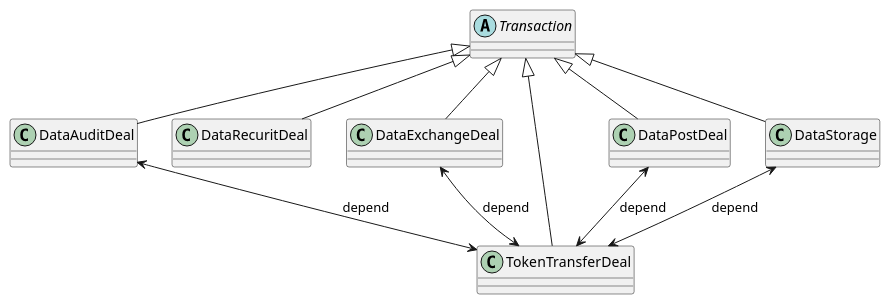
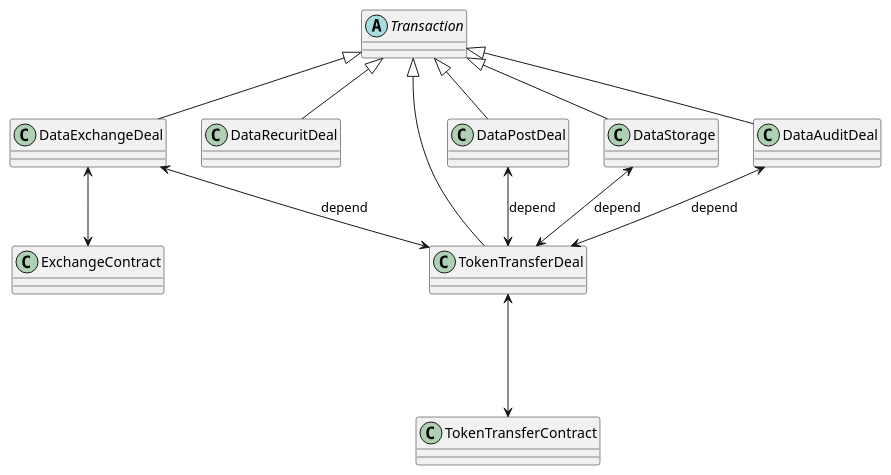
Before and after one commit to bottos-project/magiccube: the diagram in design/Class-Transaction.puml, drawn with PlantUML. The commit also changed 2 other files, not shown here.

```diff
--- a/design/Class-Transaction.puml
+++ b/design/Class-Transaction.puml
@@ -1,31 +1,32 @@
 @startuml
 
 abstract class Transaction
 class DataAuditDeal
 class DataRecuritDeal
 class DataExchangeDeal
 class TokenTransferDeal
 class DataPostDeal
 class DataStorage
 
 Transaction<|-- DataAuditDeal
 
 Transaction<|-- DataRecuritDeal
 
 Transaction<|-- TokenTransferDeal
 
 Transaction<|-- DataExchangeDeal
 
 Transaction<|-- DataPostDeal
 
 Transaction<|-- DataStorage
 
 
 DataExchangeDeal<-->TokenTransferDeal :depend
 DataPostDeal<-->TokenTransferDeal  :depend
 DataAuditDeal<-->TokenTransferDeal  :depend
 DataStorage<-->TokenTransferDeal  :depend
 
-
+DataExchangeDeal<-->ExchangeContract
+TokenTransferDeal<--->TokenTransferContract
 
 @enduml
```
